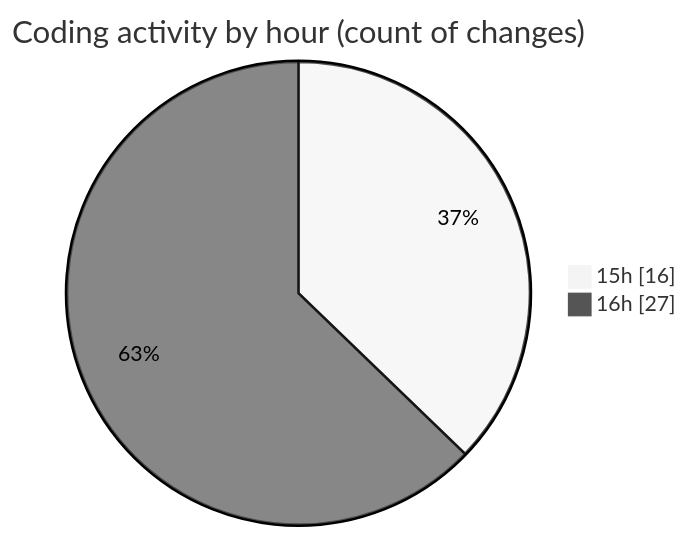
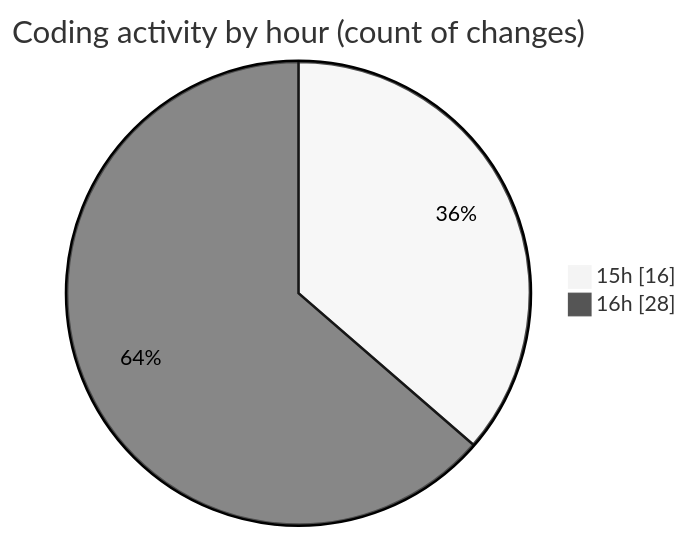
The second of 2 diagrams in 2025-10-01/oura-api/README.md (mevix1/code-tracking), drawn with Mermaid (neutral theme) before and after one commit. The commit also changed other lines of this file and 1 other file, not shown here.

````diff
--- a/2025-10-01/oura-api/README.md
+++ b/2025-10-01/oura-api/README.md
@@ -60,6 +60,6 @@
 ```mermaid
 pie showData
 title Coding activity by hour (count of changes)
 "15h" : 16
-"16h" : 27
+"16h" : 28
 ```
````
